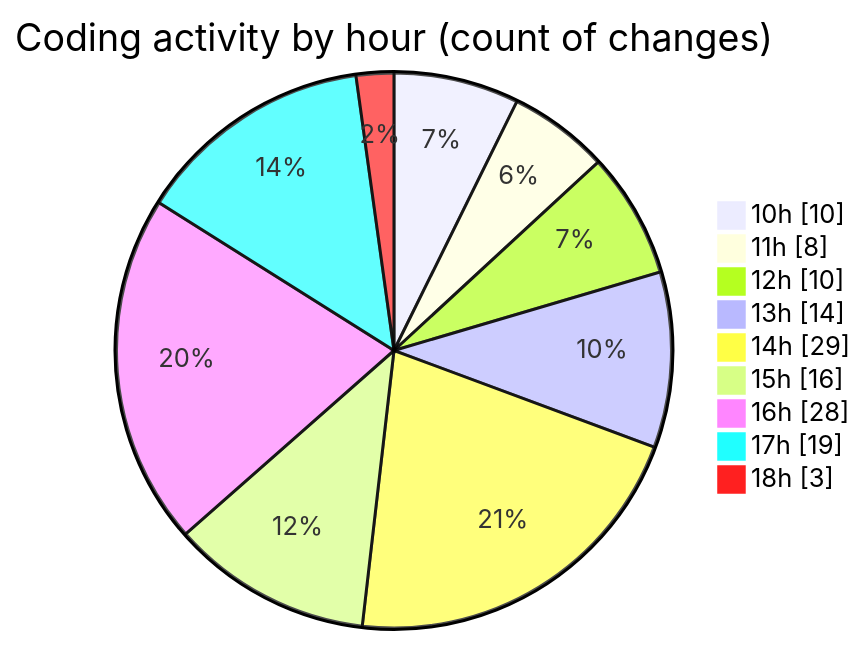
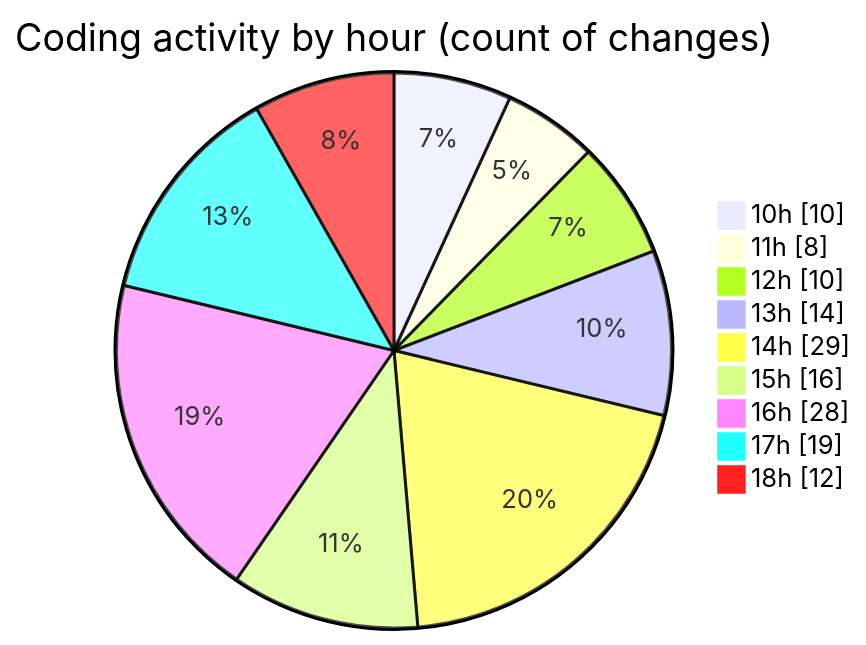
One commit to nxtqubesakshisongat/code-tracking changed the second of 2 diagrams in 2025-07-29/nxtqube_webapp/README.md. Above: the diagram before and after it, drawn with Mermaid. The commit also changed other lines of this file and 1 other file, not shown here.

````diff
--- a/2025-07-29/nxtqube_webapp/README.md
+++ b/2025-07-29/nxtqube_webapp/README.md
@@ -40,13 +40,13 @@
 ```mermaid
 pie showData
 title Coding activity by hour (count of changes)
 "10h" : 10
 "11h" : 8
 "12h" : 10
 "13h" : 14
 "14h" : 29
 "15h" : 16
 "16h" : 28
 "17h" : 19
-"18h" : 3
+"18h" : 12
 ```
````
